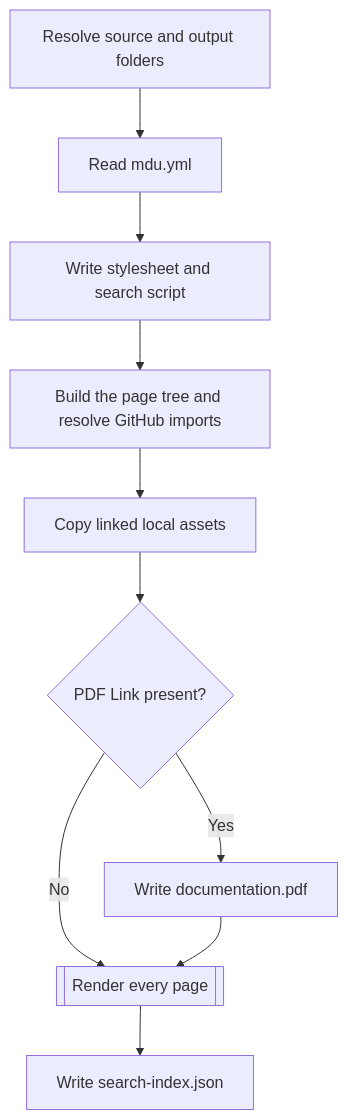
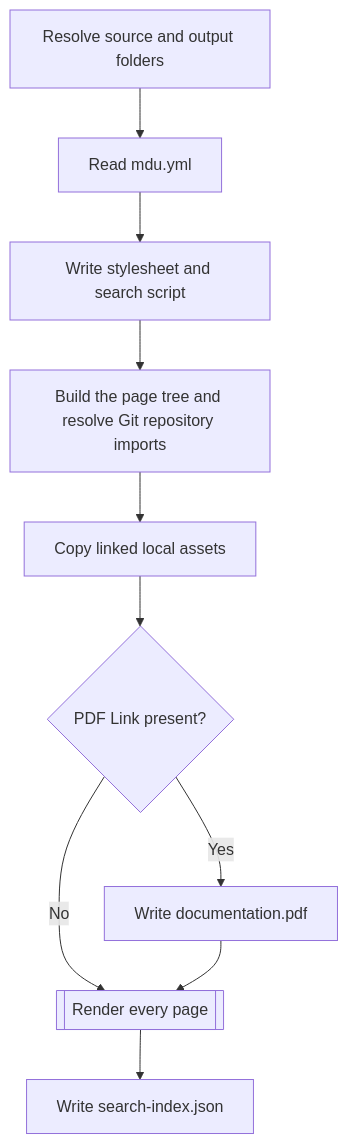
One commit to capjan/markdown-util changed the first of 2 diagrams in Docs/Architecture/Pipeline.md. Above: the diagram before and after it, drawn with Mermaid. The commit also changed other lines of this file and 8 other files, not shown here.

Commit message:
feat: support imports from other git hosts

````diff
--- a/Docs/Architecture/Pipeline.md
+++ b/Docs/Architecture/Pipeline.md
@@ -53,16 +53,16 @@
 ```mermaid
 flowchart TD
     accTitle: Steps of mdu render
     Paths[Resolve source and output folders] --> Config[Read mdu.yml]
     Config --> Prepare[Write stylesheet and search script]
-    Prepare --> Tree[Build the page tree and resolve GitHub imports]
+    Prepare --> Tree[Build the page tree and resolve Git repository imports]
     Tree --> Assets[Copy linked local assets]
     Assets --> PdfLink{PDF Link present?}
     PdfLink -->|Yes| Pdf[Write documentation.pdf]
     PdfLink -->|No| Pages[[Render every page]]
     Pdf --> Pages
     Pages --> Index[Write search-index.json]
     click Config href "../Usage/render.md#site-configuration"
     click Tree href "#page-tree"
     click Pages href "Rendering.md"
 ```
````
